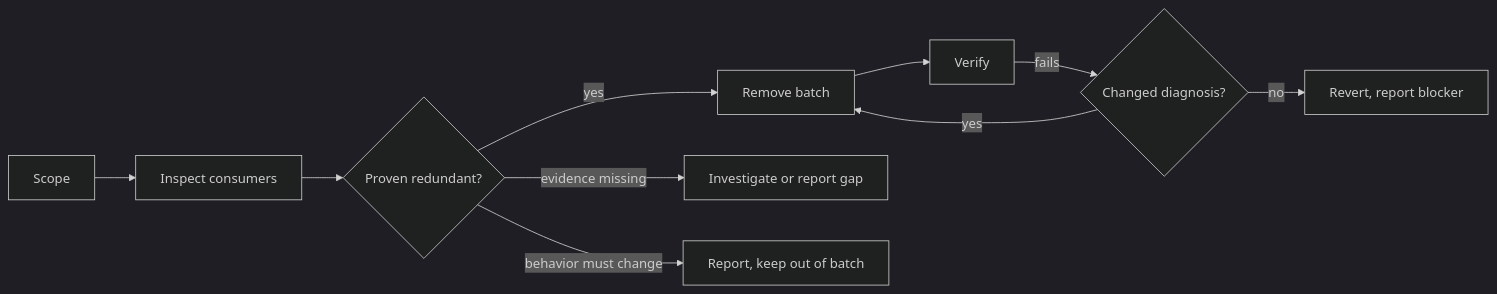
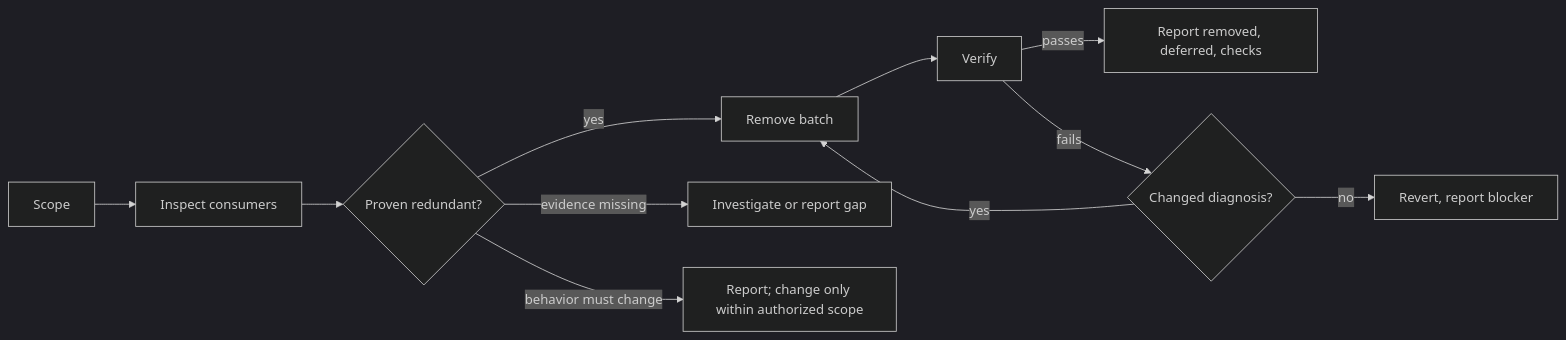
One commit to bgauryy/octocode changed the diagram in skills/octocode-clean-agentic-code/SKILL.md. Above: the diagram before and after it, drawn with Mermaid (dark theme). The commit also changed other lines of this file and 1641 other files, not shown here.

````diff
--- a/skills/octocode-clean-agentic-code/SKILL.md
+++ b/skills/octocode-clean-agentic-code/SKILL.md
@@ -10,11 +10,12 @@
 ```mermaid
 flowchart LR
     S[Scope] --> P[Inspect consumers]
     P --> T{Proven redundant?}
     T -- yes --> E[Remove batch] --> V[Verify]
     T -- "evidence missing" --> I[Investigate or report gap]
-    T -- "behavior must change" --> D[Report, keep out of batch]
+    T -- "behavior must change" --> D[Report; change only within authorized scope]
+    V -- passes --> R[Report removed, deferred, checks]
     V -- fails --> F{Changed diagnosis?}
     F -- yes --> E
     F -- no --> U[Revert, report blocker]
 ```
````
